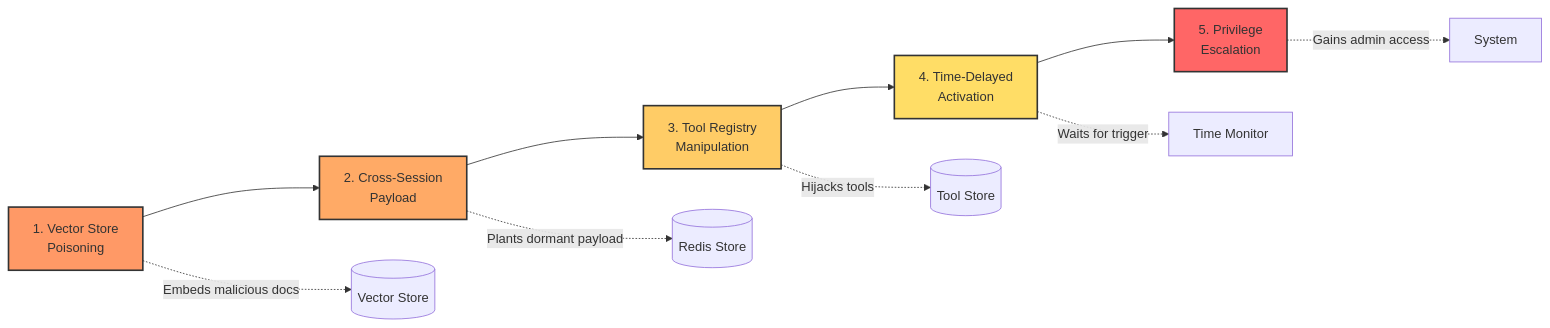
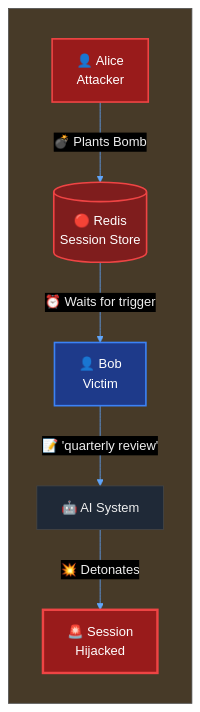
One commit to mbhatt1/agentic_lpci_framework changed the third of 6 diagrams in README.md. Above: the diagram before and after it, drawn with Mermaid. The commit also changed other lines of this file, not shown here.

````diff
--- a/README.md
+++ b/README.md
@@ -93,19 +272,25 @@
 ```mermaid
+%%{init: {
+  'theme': 'base',
+  'themeVariables': {
+    'primaryColor': '#1f2937',
+    'lineColor': '#60a5fa',
+    'arrowheadColor': '#60a5fa',
+    'fontFamily': 'Arial',
+    'fontSize': '16px',
+    'darkMode': true
+  }
+}}%%
 graph LR
-    A[1. Vector Store<br/>Poisoning] --> B[2. Cross-Session<br/>Payload]
-    B --> C[3. Tool Registry<br/>Manipulation]
-    C --> D[4. Time-Delayed<br/>Activation]
-    D --> E[5. Privilege<br/>Escalation]
+    subgraph " "
+        A[👤 Alice<br/>Attacker] -->|"💣 Plants Bomb"| R[(🔴 Redis<br/>Session Store)]
+        R -->|"⏰ Waits for trigger"| B[👤 Bob<br/>Victim]
+        B -->|"📝 'quarterly review'"| AI[🤖 AI System]
+        AI -->|"💥 Detonates"| COMP[🚨 Session<br/>Hijacked]
+    end
     
-    A -.->|Embeds malicious docs| VS[(Vector Store)]
-    B -.->|Plants dormant payload| RS[(Redis Store)]
-    C -.->|Hijacks tools| TS[(Tool Store)]
-    D -.->|Waits for trigger| TM[Time Monitor]
-    E -.->|Gains admin access| SYS[System]
-    
-    style A fill:#f96,stroke:#333,stroke-width:2px
-    style B fill:#fa6,stroke:#333,stroke-width:2px
-    style C fill:#fc6,stroke:#333,stroke-width:2px
-    style D fill:#fd6,stroke:#333,stroke-width:2px
-    style E fill:#f66,stroke:#333,stroke-width:2px
+    style A fill:#991b1b,stroke:#ef4444,stroke-width:2px,color:#fff
+    style R fill:#7f1d1d,stroke:#ef4444,stroke-width:2px,color:#fff
+    style B fill:#1e3a8a,stroke:#3b82f6,stroke-width:2px,color:#fff
+    style COMP fill:#991b1b,stroke:#ef4444,stroke-width:3px,color:#fff
 ```
````
